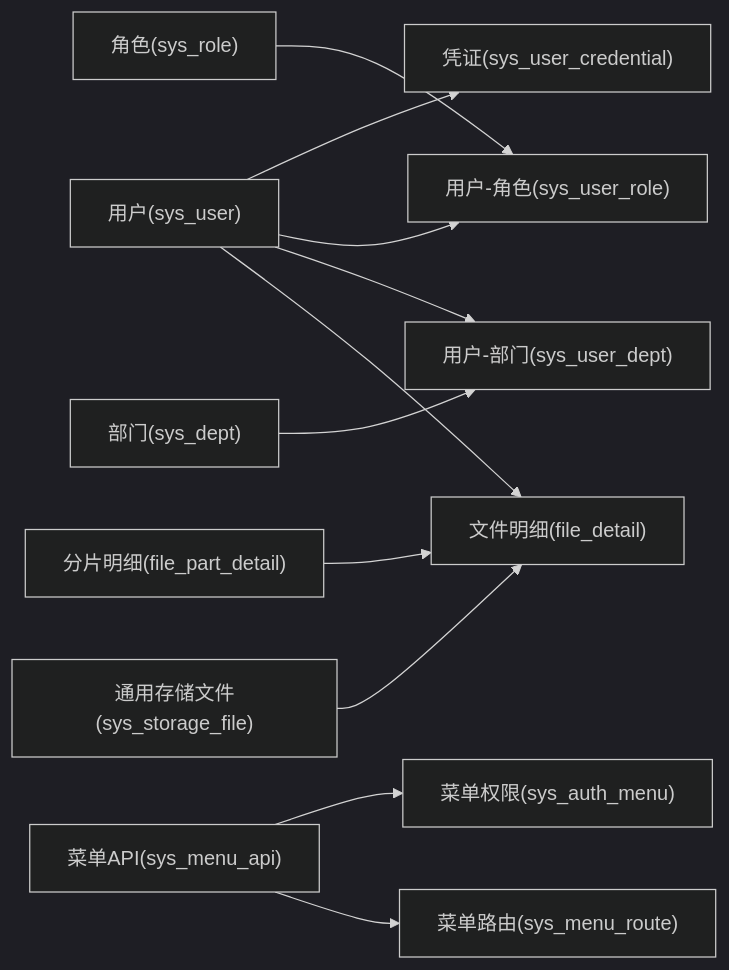
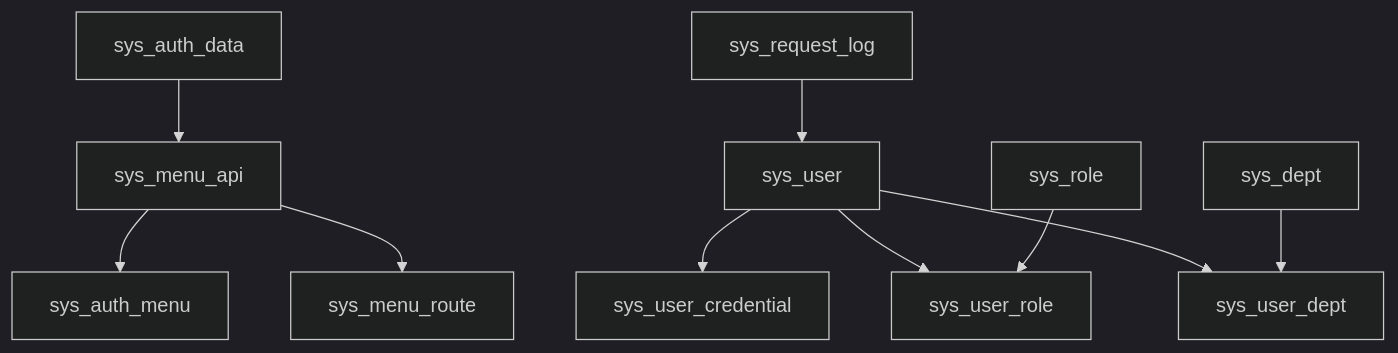
The ninth of 9 diagrams in .qoder/repowiki/zh/content/数据库设计/数据库设计.md (LiukewenSC/kewen-framework), drawn with Mermaid (dark theme) before and after one commit. The commit also changed other lines of this file and 195 other files, not shown here.

````diff
--- a/.qoder/repowiki/zh/content/数据库设计/数据库设计.md
+++ b/.qoder/repowiki/zh/content/数据库设计/数据库设计.md
@@ -467,13 +597,12 @@
 ```mermaid
-graph LR
-U["用户(sys_user)"] --> C["凭证(sys_user_credential)"]
-U --> UR["用户-角色(sys_user_role)"]
-U --> UD["用户-部门(sys_user_dept)"]
-D["部门(sys_dept)"] --> UD
-R["角色(sys_role)"] --> UR
-MA["菜单API(sys_menu_api)"] --> AM["菜单权限(sys_auth_menu)"]
-MA --> MR["菜单路由(sys_menu_route)"]
-U --> FD["文件明细(file_detail)"]
-FP["分片明细(file_part_detail)"] --> FD
-SF["通用存储文件(sys_storage_file)"] --> FD
+graph TB
+    User["sys_user"] --> Credential["sys_user_credential"]
+    User --> UserRole["sys_user_role"]
+    Role["sys_role"] --> UserRole
+    User --> UserDept["sys_user_dept"]
+    Dept["sys_dept"] --> UserDept
+    MenuApi["sys_menu_api"] --> AuthMenu["sys_auth_menu"]
+    MenuApi --> MenuRoute["sys_menu_route"]
+    AuthData["sys_auth_data"] --> MenuApi
+    RequestLog["sys_request_log"] --> User
 ```
````
